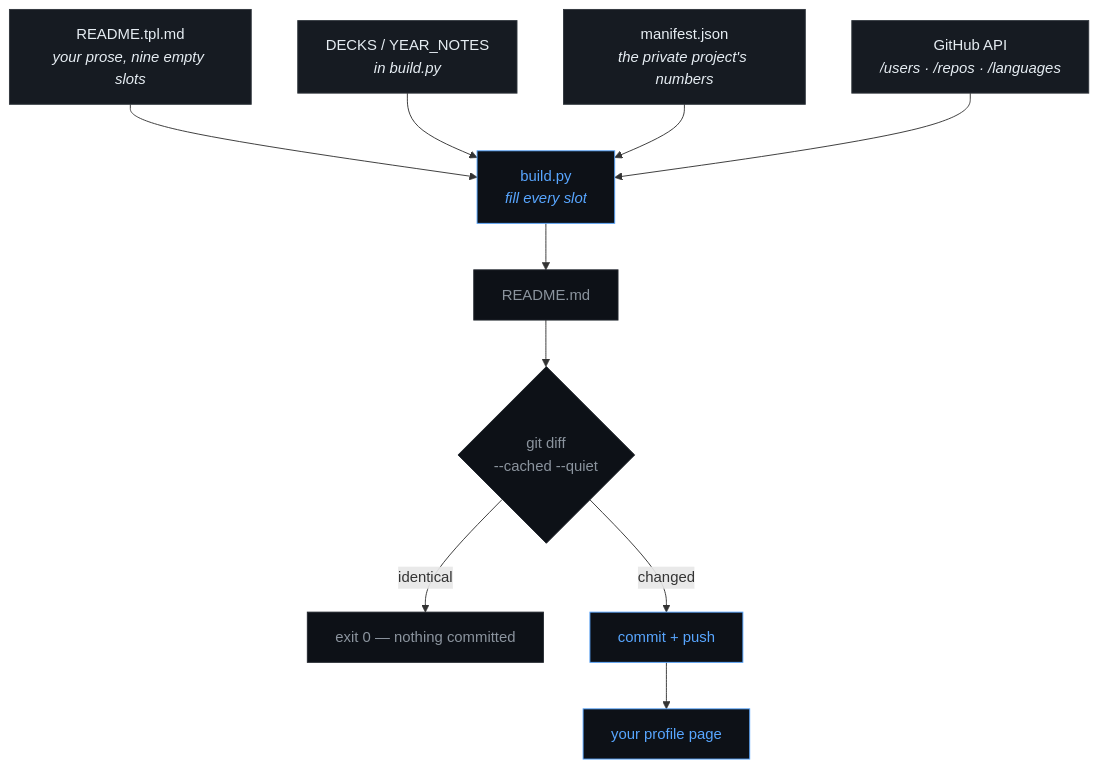
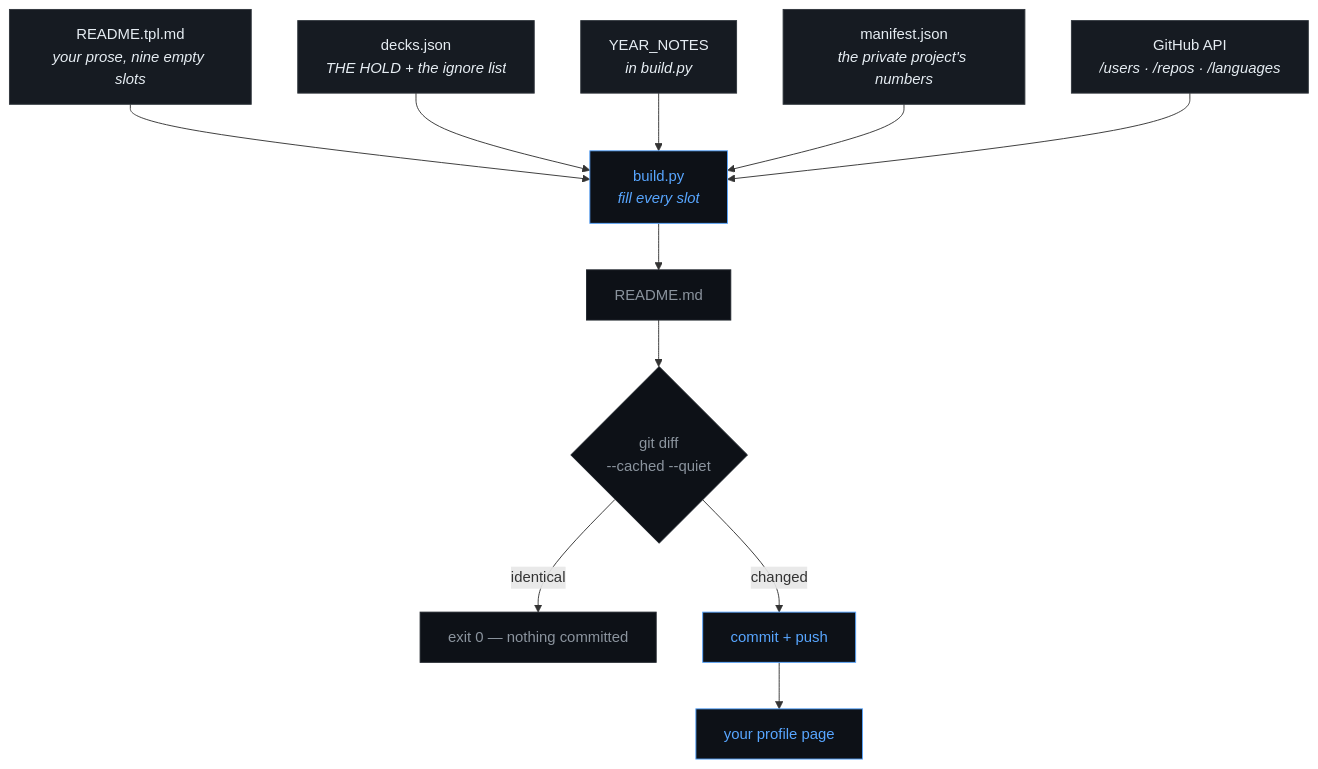
One commit to StarFleet1334/StarFleet1334 changed the first of 4 diagrams in PROCESS.md. Above: the diagram before and after it, drawn with Mermaid. The commit also changed other lines of this file and 7 other files, not shown here.

````diff
--- a/PROCESS.md
+++ b/PROCESS.md
@@ -7,19 +7,20 @@
 ```mermaid
 flowchart TD
     A["README.tpl.md<br/><i>your prose, nine empty slots</i>"] --> C
-    B["DECKS / YEAR_NOTES<br/><i>in build.py</i>"] --> C
+    B["decks.json<br/><i>THE HOLD + the ignore list</i>"] --> C
+    Y["YEAR_NOTES<br/><i>in build.py</i>"] --> C
     M["manifest.json<br/><i>the private project's numbers</i>"] --> C
     G["GitHub API<br/><i>/users · /repos · /languages</i>"] --> C
     C["build.py<br/><i>fill every slot</i>"] --> D["README.md"]
     D --> E{"git diff<br/>--cached --quiet"}
     E -->|identical| F["exit 0 — nothing committed"]
     E -->|changed| H["commit + push"]
     H --> I["your profile page"]
 
     classDef src  fill:#161b22,stroke:#30363d,color:#e6edf3
     classDef act  fill:#0d1117,stroke:#58a6ff,color:#58a6ff
     classDef quiet fill:#0d1117,stroke:#21262d,color:#8b949e
-    class A,B,M,G src
+    class A,B,M,G,Y src
     class C,H,I act
     class D,E,F quiet
 ```
````
